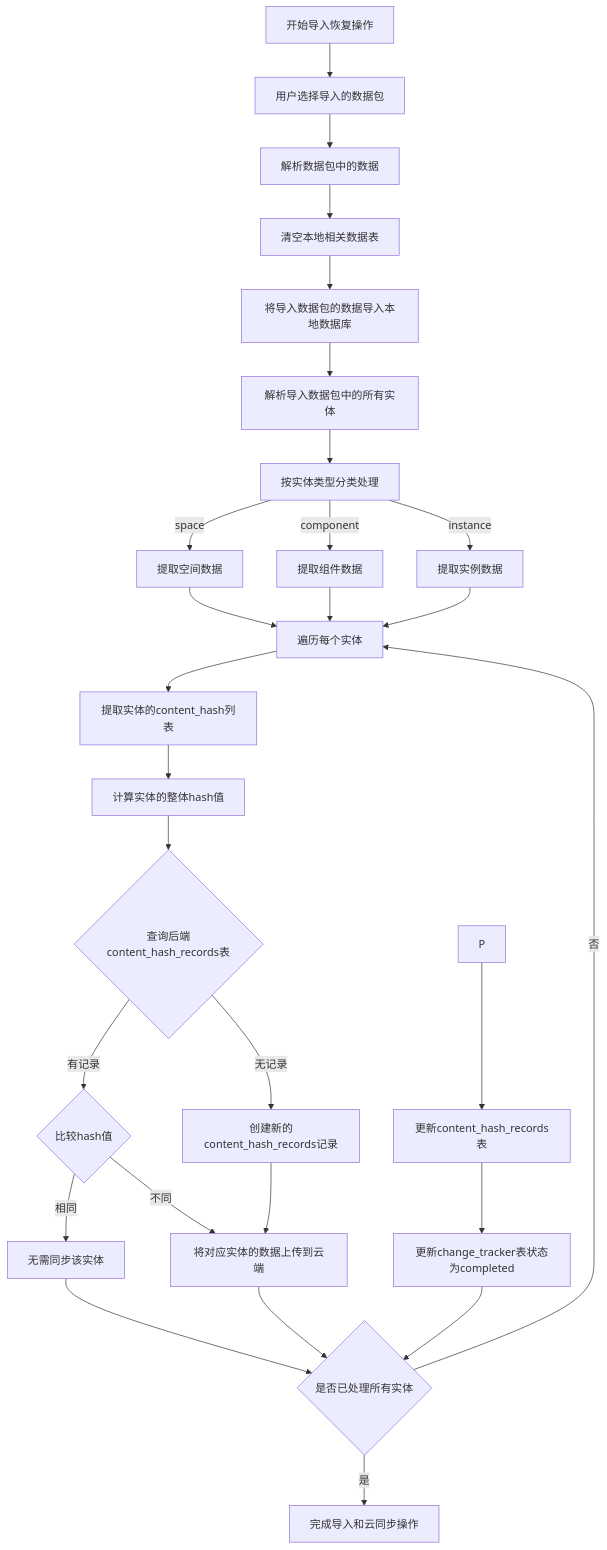
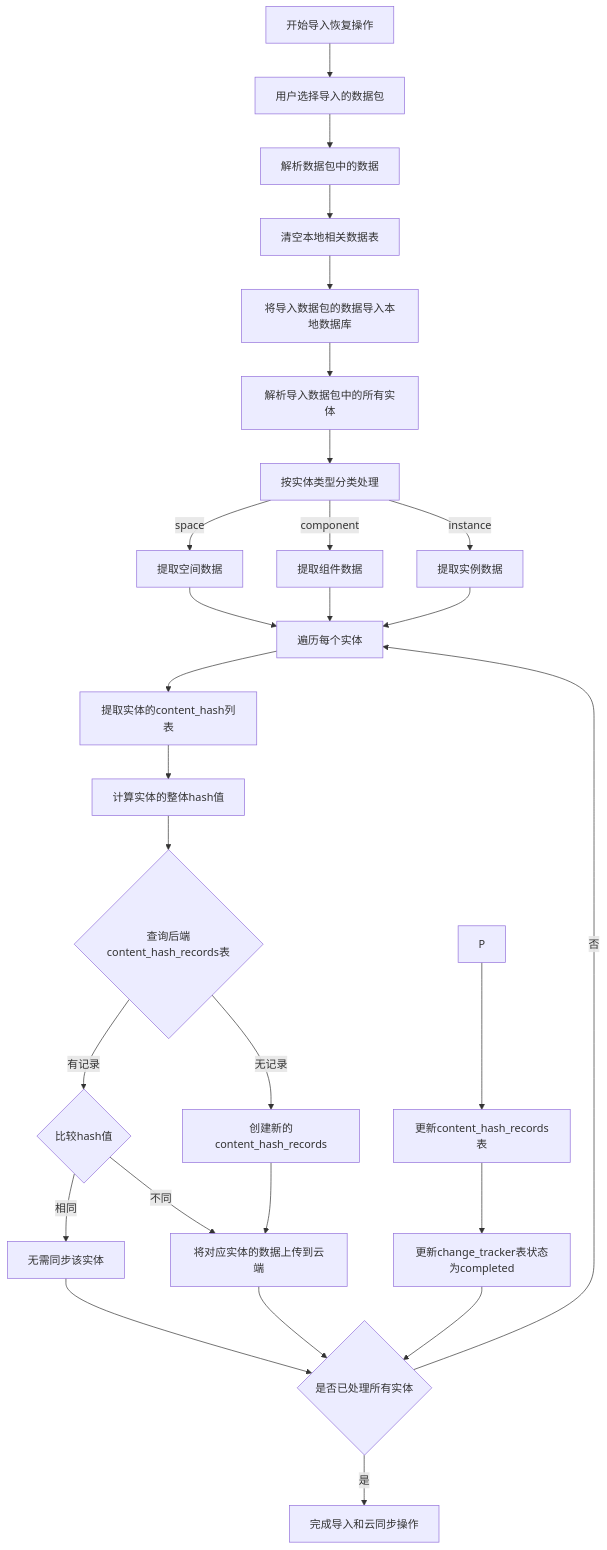
Before and after one commit to yingjianzh/iodraw-files: the diagram in all/未命名-44.md, drawn with Mermaid.

Commit message:
2025-04-27 11:41:52 update

````diff
--- a/all/未命名-44.md
+++ b/all/未命名-44.md
@@ -1,39 +1,39 @@
 ```mermaid
 flowchart TD
     A[开始导入恢复操作] --> B[用户选择导入的数据包]
     B --> C[解析数据包中的数据]
     
     C --> D[清空本地相关数据表]
     D --> E[将导入数据包的数据导入本地数据库]
     
     E --> F[解析导入数据包中的所有实体]
     F --> G[按实体类型分类处理]
     
     G -->|space| H1[提取空间数据]
     G -->|component| H2[提取组件数据]
     G -->|instance| H3[提取实例数据]
     
     H1 --> I[遍历每个实体]
     H2 --> I
     H3 --> I
     
     I --> J[提取实体的content_hash列表]
     J --> K[计算实体的整体hash值]
     
     K --> L{查询后端content_hash_records表}
-    L -->|无记录| M1[创建新的content_hash_records记录]
+    L -->|无记录| M1[创建新的content_hash_records]
     L -->|有记录| M2{比较hash值}
     
     M2 -->|相同| M3[无需同步该实体]
-    M2 -->|不同| M4[将对应实体的数据上传到云端并更新对应的创建新的content_hash_records记录]
+    M2 -->|不同| M4[将对应实体的数据上传到云端]
     M1 --> M4[将对应实体的数据上传到云端]
     
     P --> Q[更新content_hash_records表]
     Q --> R[更新change_tracker表状态为completed]
     M3 --> S{是否已处理所有实体}
     M4 --> S{是否已处理所有实体}
     R --> S
     
     S -->|否| I
     S -->|是| T[完成导入和云同步操作]
 ```
````
